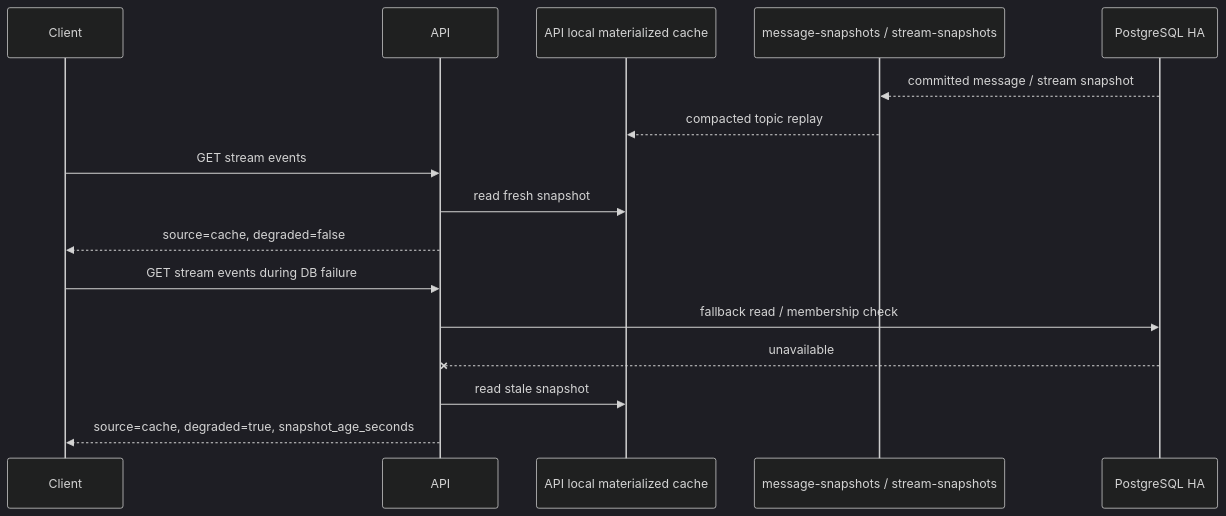
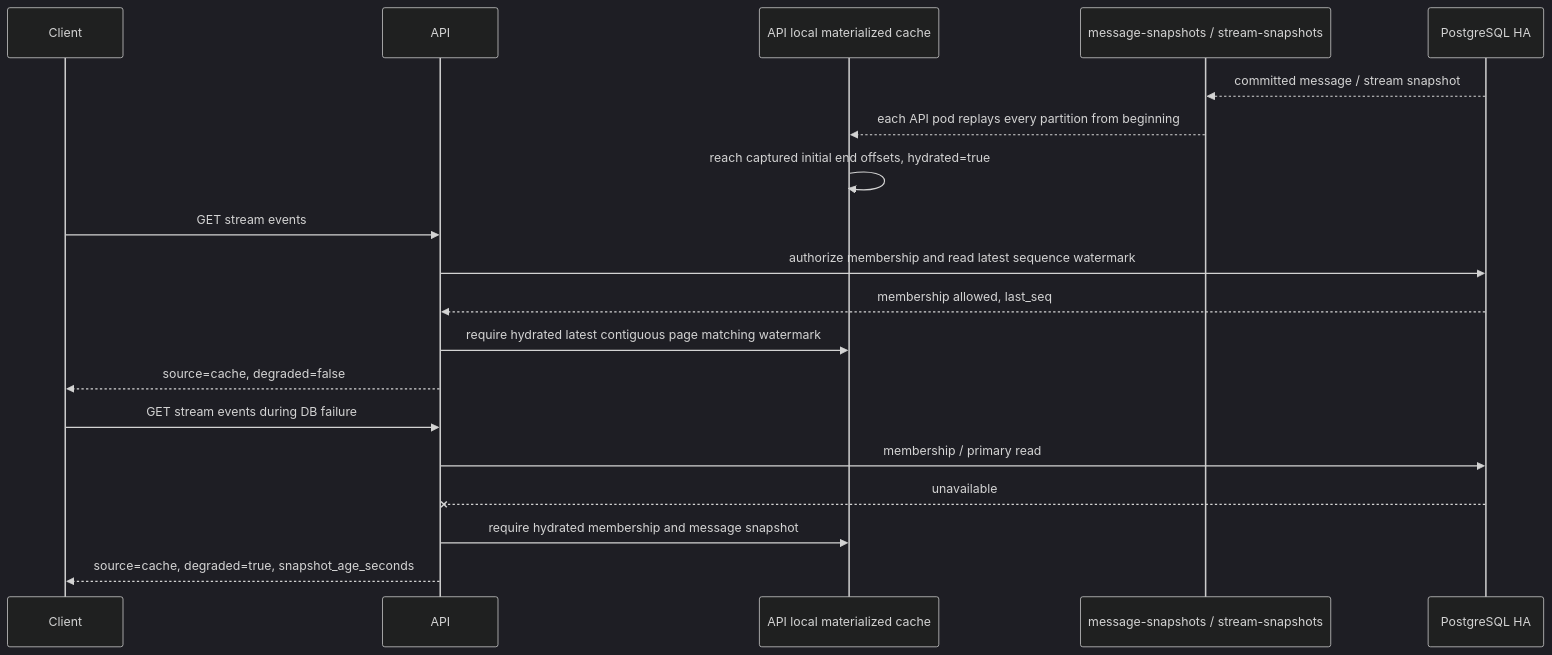
One commit to Jangwanko/Cloud_portfolio changed the second of 3 diagrams in docs/ARCHITECTURE.md. Above: the diagram before and after it, drawn with Mermaid (dark theme). The commit also changed other lines of this file and 120 other files, not shown here.

````diff
--- a/docs/ARCHITECTURE.md
+++ b/docs/ARCHITECTURE.md
@@ -108,19 +122,22 @@
 ```mermaid
 sequenceDiagram
     participant Client
     participant API
     participant Cache as API local materialized cache
     participant Snapshots as message-snapshots / stream-snapshots
     participant DB as PostgreSQL HA
 
     DB-->>Snapshots: committed message / stream snapshot
-    Snapshots-->>Cache: compacted topic replay
+    Snapshots-->>Cache: each API pod replays every partition from beginning
+    Cache->>Cache: reach captured initial end offsets, hydrated=true
     Client->>API: GET stream events
-    API->>Cache: read fresh snapshot
+    API->>DB: authorize membership and read latest sequence watermark
+    DB-->>API: membership allowed, last_seq
+    API->>Cache: require hydrated latest contiguous page matching watermark
     API-->>Client: source=cache, degraded=false
     Client->>API: GET stream events during DB failure
-    API->>DB: fallback read / membership check
+    API->>DB: membership / primary read
     DB--xAPI: unavailable
-    API->>Cache: read stale snapshot
+    API->>Cache: require hydrated membership and message snapshot
     API-->>Client: source=cache, degraded=true, snapshot_age_seconds
 ```
````
